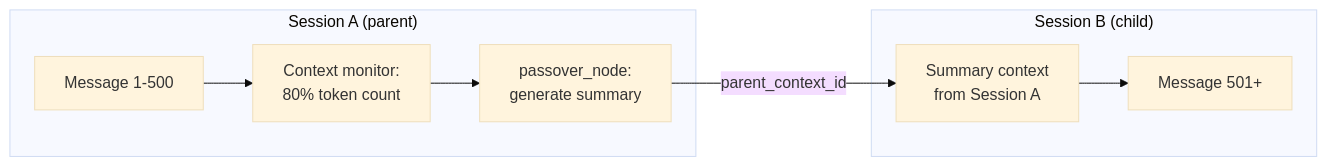
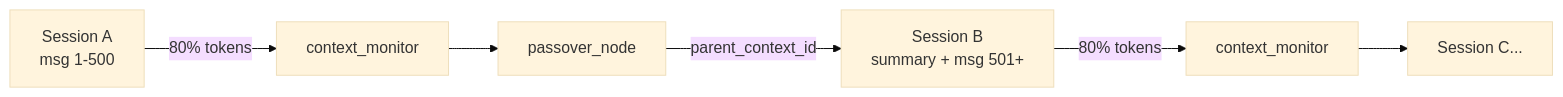
Before and after one commit to kagenti/kagenti: the ninth of 11 diagrams in docs/plans/2026-03-01-sandbox-platform-design.md, drawn with Mermaid (base theme). The commit also changed other lines of this file, not shown here.

First line of the commit message:
docs: rewrite design doc with clean separated C4 diagrams

````diff
--- a/docs/plans/2026-03-01-sandbox-platform-design.md
+++ b/docs/plans/2026-03-01-sandbox-platform-design.md
@@ -172,18 +221,8 @@
 ```mermaid
 graph LR
-    subgraph Session_A["Session A (parent)"]
-        M1["Message 1-500"]
-        M2["Context monitor:<br/>80% token count"]
-        P["passover_node:<br/>generate summary"]
-    end
-
-    subgraph Session_B["Session B (child)"]
-        S["Summary context<br/>from Session A"]
-        M3["Message 501+"]
-    end
-
-    M1 --> M2
-    M2 --> P
-    P -->|"parent_context_id"| S
-    S --> M3
+    A["Session A<br/>msg 1-500"] -->|"80% tokens"| monitor["context_monitor"]
+    monitor --> passover["passover_node"]
+    passover -->|"parent_context_id"| B["Session B<br/>summary + msg 501+"]
+    B -->|"80% tokens"| monitor2["context_monitor"]
+    monitor2 --> C["Session C..."]
 ```
````
